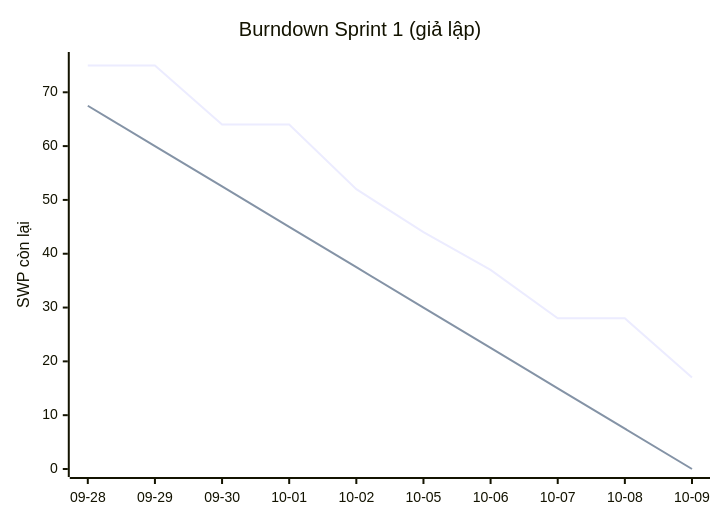
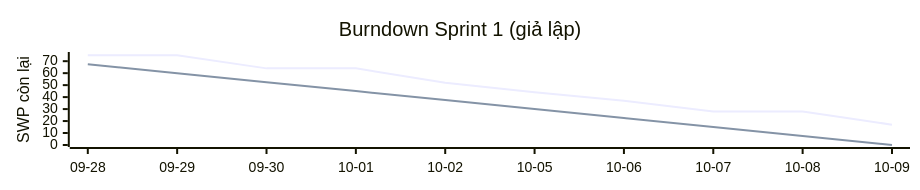
One commit to KhanhLD/yuki-cold-wms-lab5 changed the diagram in progress-report.md. Above: the diagram before and after it, drawn with Mermaid.

Commit message:
docs: fit the burndown chart into the GitHub Mermaid frame

````diff
--- a/progress-report.md
+++ b/progress-report.md
@@ -45,8 +45,14 @@
 ```mermaid
+---
+config:
+  xyChart:
+    width: 900
+    height: 170
+---
 xychart-beta
     title "Burndown Sprint 1 (giả lập)"
     x-axis ["09-28", "09-29", "09-30", "10-01", "10-02", "10-05", "10-06", "10-07", "10-08", "10-09"]
     y-axis "SWP còn lại" 0 --> 76
     line [75, 75, 64, 64, 52, 44, 37, 28, 28, 17]
     line [67.5, 60.0, 52.5, 45.0, 37.5, 30.0, 22.5, 15.0, 7.5, 0.0]
 ```
````
